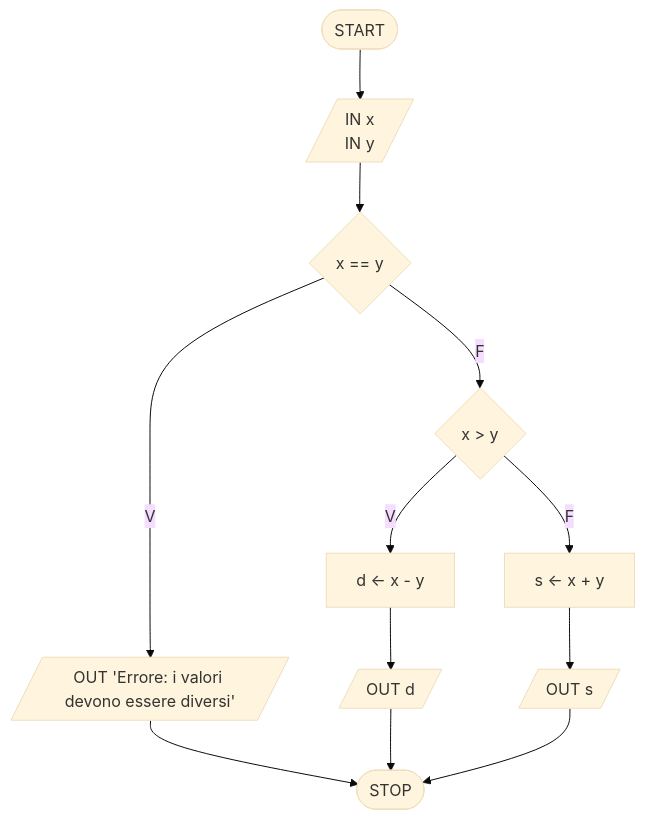
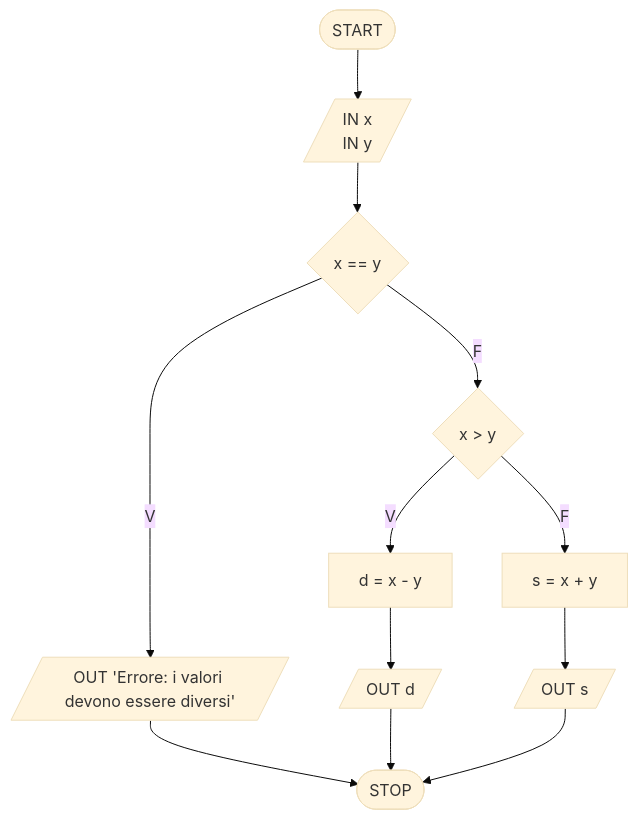
Before and after one commit to pg-laboratorio/flowcharts_laboratorio_esercizi: the fifth of 28 diagrams in flowcharts_soluzioni.md, drawn with Mermaid (base theme). The commit also changed other lines of this file, not shown here.

````diff
--- a/flowcharts_soluzioni.md
+++ b/flowcharts_soluzioni.md
@@ -104,14 +104,14 @@
 ```mermaid
 graph TD
     START([START]) --> INPUT[/"IN x<br>IN y"/]
     INPUT --> CHK{"x == y"}
     CHK -- V --> ERR[/"OUT 'Errore: i valori devono essere diversi'"/]
     CHK -- F --> COND{"x > y"}
-    COND -- V --> DIFF["d ← x - y"]
-    COND -- F --> SOMMA["s ← x + y"]
+    COND -- V --> DIFF["d = x - y"]
+    COND -- F --> SOMMA["s = x + y"]
     DIFF --> OD[/"OUT d"/]
     SOMMA --> OS[/"OUT s"/]
     ERR --> STOP([STOP])
     OD --> STOP
     OS --> STOP
 ```
````
